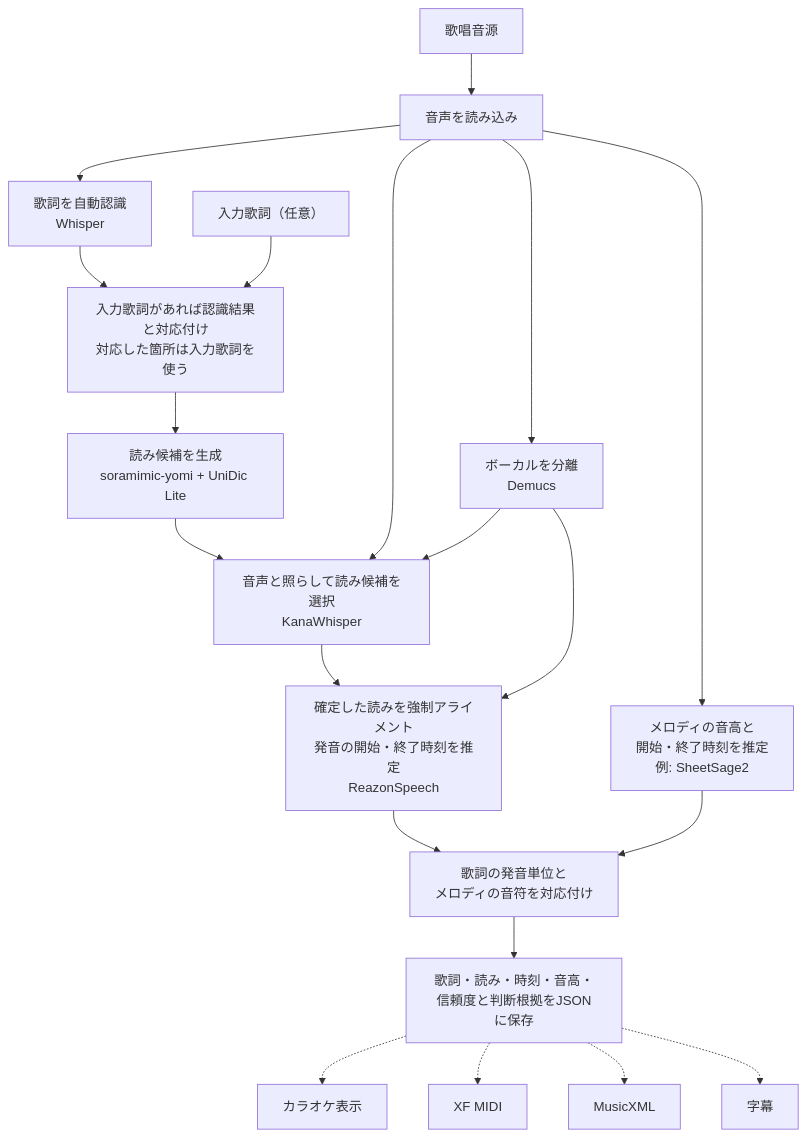
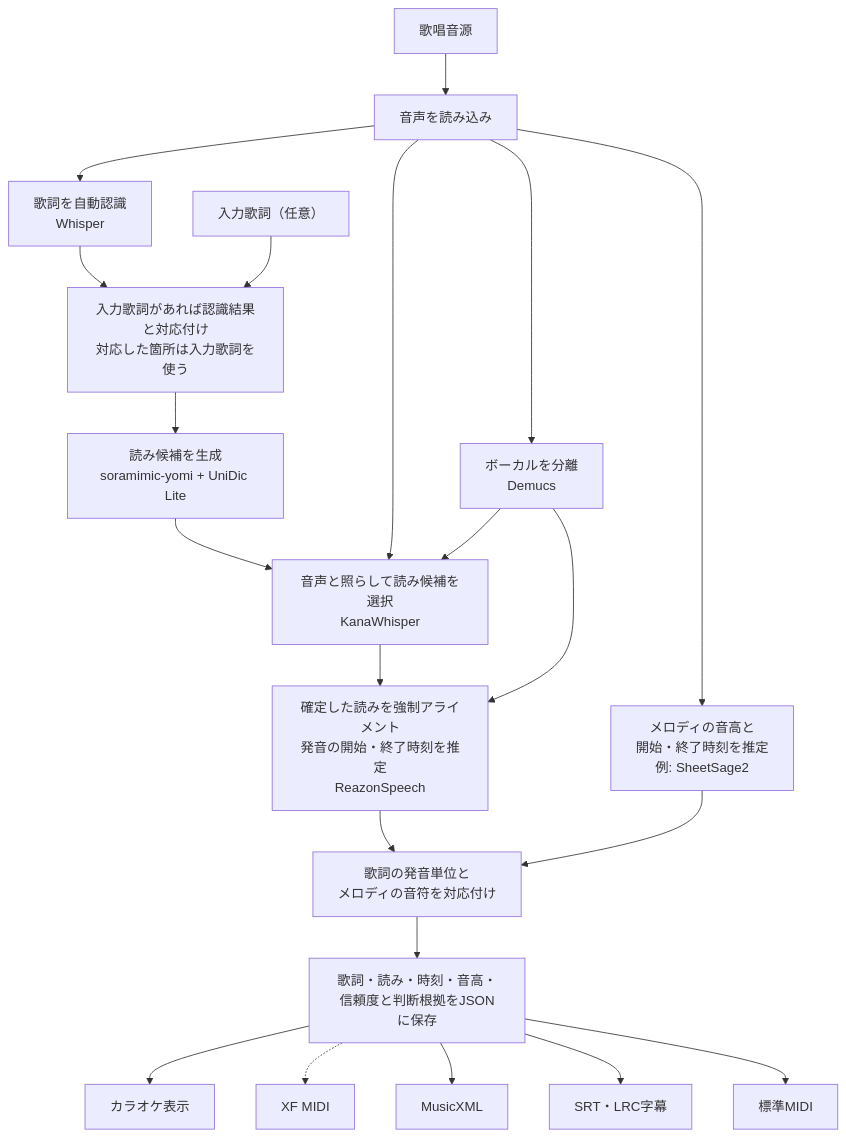
One commit to jiroshimaya/soramimic-score changed the diagram in README.md. Above: the diagram before and after it, drawn with Mermaid. The commit also changed other lines of this file, not shown here.

````diff
--- a/README.md
+++ b/README.md
@@ -10,25 +11,26 @@
 ```mermaid
 flowchart TD
     A["歌唱音源"] --> B["音声を読み込み"]
     B --> V["ボーカルを分離<br/>Demucs"]
     B --> E["歌詞を自動認識<br/>Whisper"]
     F["読み候補を生成<br/>soramimic-yomi + UniDic Lite"]
     E --> S["入力歌詞があれば認識結果と対応付け<br/>対応した箇所は入力歌詞を使う"]
     D["入力歌詞（任意）"] --> S
     S --> F
     F --> R["音声と照らして読み候補を選択<br/>KanaWhisper"]
     B --> R
     V --> R
     R --> G["確定した読みを強制アライメント<br/>発音の開始・終了時刻を推定<br/>ReazonSpeech"]
     V --> G
 
     B --> H["メロディの音高と<br/>開始・終了時刻を推定<br/>例: SheetSage2"]
     G --> I["歌詞の発音単位と<br/>メロディの音符を対応付け"]
     H --> I
 
     I --> J["歌詞・読み・時刻・音高・<br/>信頼度と判断根拠をJSONに保存"]
-    J -.-> K["カラオケ表示"]
+    J --> K["カラオケ表示"]
     J -.-> L["XF MIDI"]
-    J -.-> M["MusicXML"]
-    J -.-> N["字幕"]
+    J --> M["MusicXML"]
+    J --> N["SRT・LRC字幕"]
+    J --> O["標準MIDI"]
 ```
````
